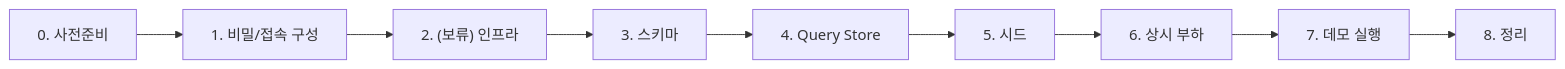
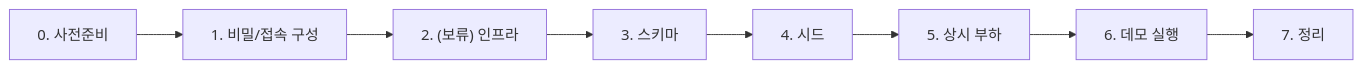
The diagram in docs/runbook.md (DalBamS/azure-mi-ai-dba-demo), drawn with Mermaid before and after one commit. The commit also changed other lines of this file and 2 other files, not shown here.

````diff
--- a/docs/runbook.md
+++ b/docs/runbook.md
@@ -11,4 +11,4 @@
 ```mermaid
 flowchart LR
-    A["0. 사전준비"] --> B["1. 비밀/접속 구성"] --> C["2. (보류) 인프라"] --> D["3. 스키마"] --> E["4. Query Store"] --> F["5. 시드"] --> G["6. 상시 부하"] --> H["7. 데모 실행"] --> I["8. 정리"]
+    A["0. 사전준비"] --> B["1. 비밀/접속 구성"] --> C["2. (보류) 인프라"] --> D["3. 스키마"] --> E["4. 시드"] --> F["5. 상시 부하"] --> G["6. 데모 실행"] --> H["7. 정리"]
 ```
````
